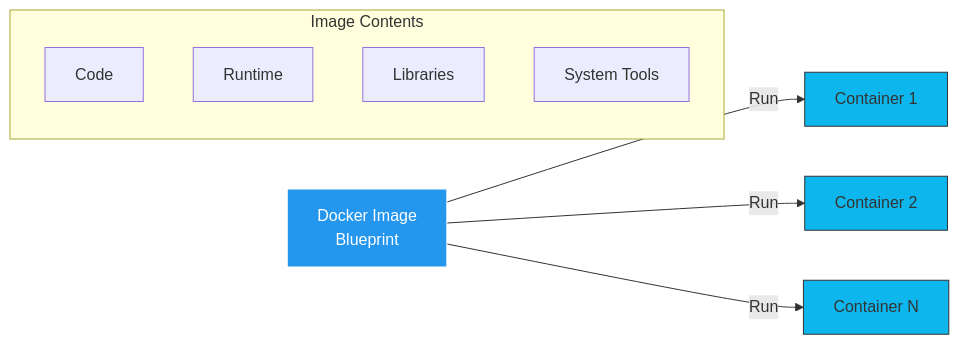
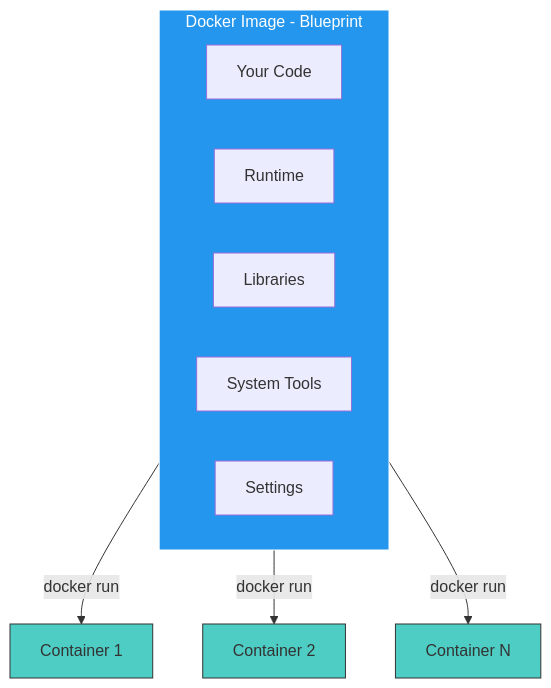
One commit to sixeyed/azure-az204 changed the diagram in slides/docker/003.md. Above: the diagram before and after it, drawn with Mermaid. The commit also changed other lines of this file and 452 other files, not shown here.

````diff
--- a/slides/docker/003.md
+++ b/slides/docker/003.md
@@ -7,18 +9,19 @@
 ```mermaid
-graph LR
-    Image[Docker Image<br/>Blueprint] -->|Run| C1[Container 1]
-    Image -->|Run| C2[Container 2]
-    Image -->|Run| C3[Container N]
-
-    subgraph "Image Contents"
-        Code[Code]
+graph TB
+    subgraph Image[Docker Image - Blueprint]
+        Code[Your Code]
         Runtime[Runtime]
         Libs[Libraries]
         Tools[System Tools]
+        Config[Settings]
     end
 
+    Image -->|docker run| C1[Container 1]
+    Image -->|docker run| C2[Container 2]
+    Image -->|docker run| C3[Container N]
+
     style Image fill:#2496ed,stroke:#fff,color:#fff
-    style C1 fill:#0db7ed,stroke:#333
-    style C2 fill:#0db7ed,stroke:#333
-    style C3 fill:#0db7ed,stroke:#333
+    style C1 fill:#4ecdc4,stroke:#333
+    style C2 fill:#4ecdc4,stroke:#333
+    style C3 fill:#4ecdc4,stroke:#333
 ```
````
